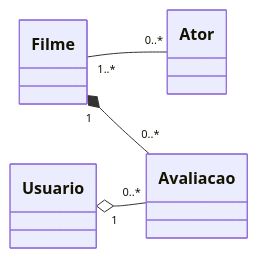
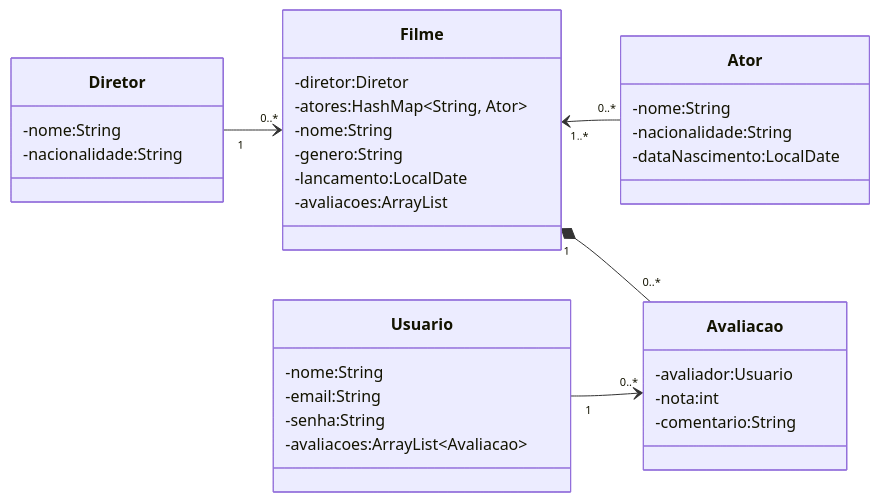
Before and after one commit to kaleu-b/poo: the diagram in lab04/questao02/readme.md, drawn with Mermaid. The commit also changed other lines of this file and 33 other files, not shown here.

````diff
--- a/lab04/questao02/readme.md
+++ b/lab04/questao02/readme.md
@@ -1,24 +1,42 @@
 ```mermaid
     classDiagram
     direction LR 
     
+    class Diretor{
+    -nome:String
+    -nacionalidade:String
+    }
+    
     class Filme {
-        
+        -diretor:Diretor
+        -atores:HashMap~String, Ator~
+        -nome:String
+        -genero:String
+        -lancamento:LocalDate
+        -avaliacoes:ArrayList<Avaliacao>
     }
     
     class Ator{
-        
+     -nome:String
+     -nacionalidade:String
+     -dataNascimento:LocalDate
     }
     
     class Avaliacao{
-        
+        -avaliador:Usuario
+        -nota:int
+        -comentario:String
     }
     
     class Usuario{
-        
+    -nome:String
+    -email:String
+    -senha:String
+    -avaliacoes:ArrayList~Avaliacao~
     }
     
-    Filme "1..*" -- "0..*" Ator
+    Diretor "1" --> "0..*" Filme
+    Filme "1..*" <-- "0..*" Ator
     Filme "1" *-- "0..*" Avaliacao
-    Usuario "1" o-- "0..*" Avaliacao
+    Usuario "1" --> "0..*" Avaliacao
 ```
````
